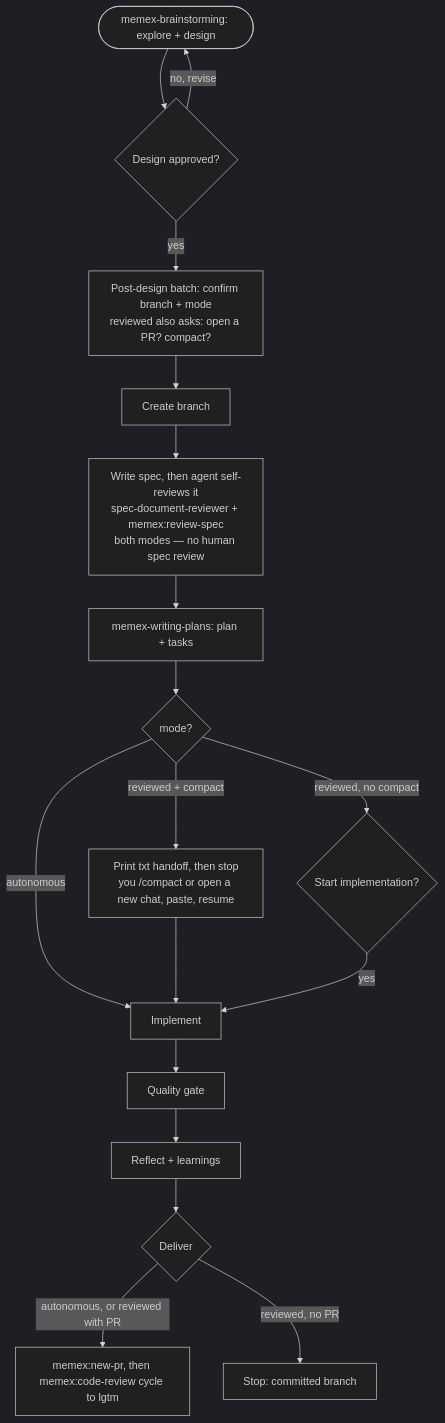
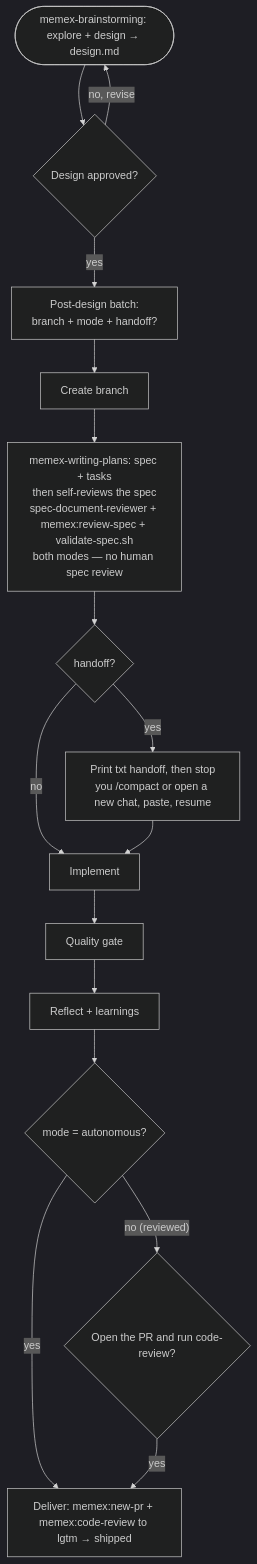
Before and after one commit to ribeirogab/specwright: the diagram in README.md, drawn with Mermaid (dark theme). The commit also changed other lines of this file and 15 other files, not shown here.

First line of the commit message:
docs: rename post-design 'compact' choice to 'handoff'

````diff
--- a/README.md
+++ b/README.md
@@ -35,20 +34,18 @@
 ```mermaid
 flowchart TD
-    A([memex-brainstorming: explore + design]) --> B{Design approved?}
+    A([memex-brainstorming: explore + design → design.md]) --> B{Design approved?}
     B -- "no, revise" --> A
-    B -- yes --> C["Post-design batch: confirm branch + mode<br/>reviewed also asks: open a PR? compact?"]
+    B -- yes --> C["Post-design batch:<br/>branch + mode + handoff?"]
     C --> D[Create branch]
-    D --> E["Write spec, then agent self-reviews it<br/>spec-document-reviewer + memex:review-spec<br/>both modes — no human spec review"]
-    E --> F[memex-writing-plans: plan + tasks]
-    F --> G{mode?}
-    G -- autonomous --> K[Implement]
-    G -- "reviewed + compact" --> H["Print txt handoff, then stop<br/>you /compact or open a new chat, paste, resume"]
-    G -- "reviewed, no compact" --> I{Start implementation?}
+    D --> E["memex-writing-plans: spec + tasks<br/>then self-reviews the spec<br/>spec-document-reviewer + memex:review-spec + validate-spec.sh<br/>both modes — no human spec review"]
+    E --> G{handoff?}
+    G -- yes --> H["Print txt handoff, then stop<br/>you /compact or open a new chat, paste, resume"]
+    G -- no --> K[Implement]
     H --> K
-    I -- yes --> K
     K --> L[Quality gate]
     L --> M[Reflect + learnings]
-    M --> N{Deliver}
-    N -- "autonomous, or reviewed with PR" --> O["memex:new-pr, then memex:code-review cycle to lgtm"]
-    N -- "reviewed, no PR" --> P[Stop: committed branch]
+    M --> N{mode = autonomous?}
+    N -- yes --> O["Deliver: memex:new-pr + memex:code-review to lgtm → shipped"]
+    N -- "no (reviewed)" --> P{Open the PR and run code-review?}
+    P -- yes --> O
 ```
````
